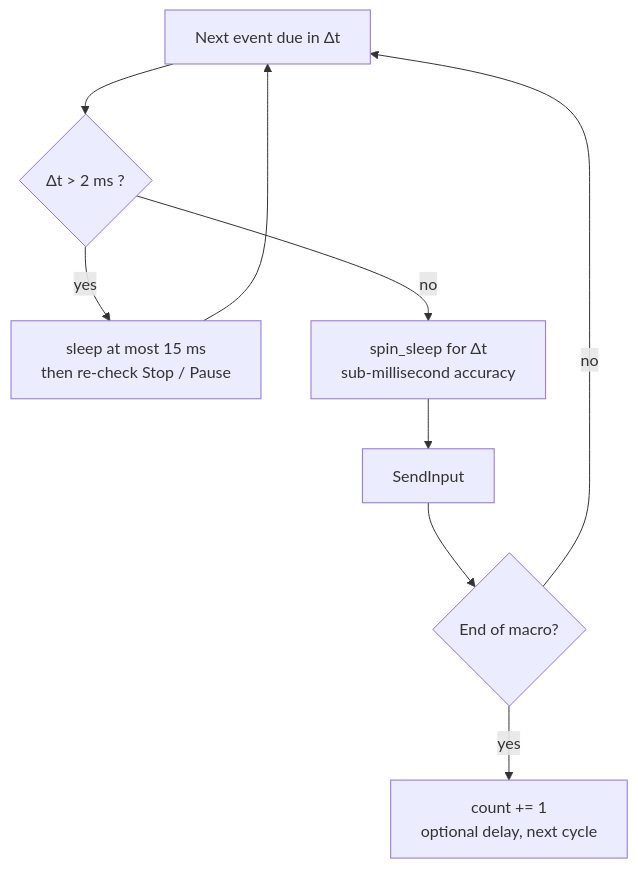
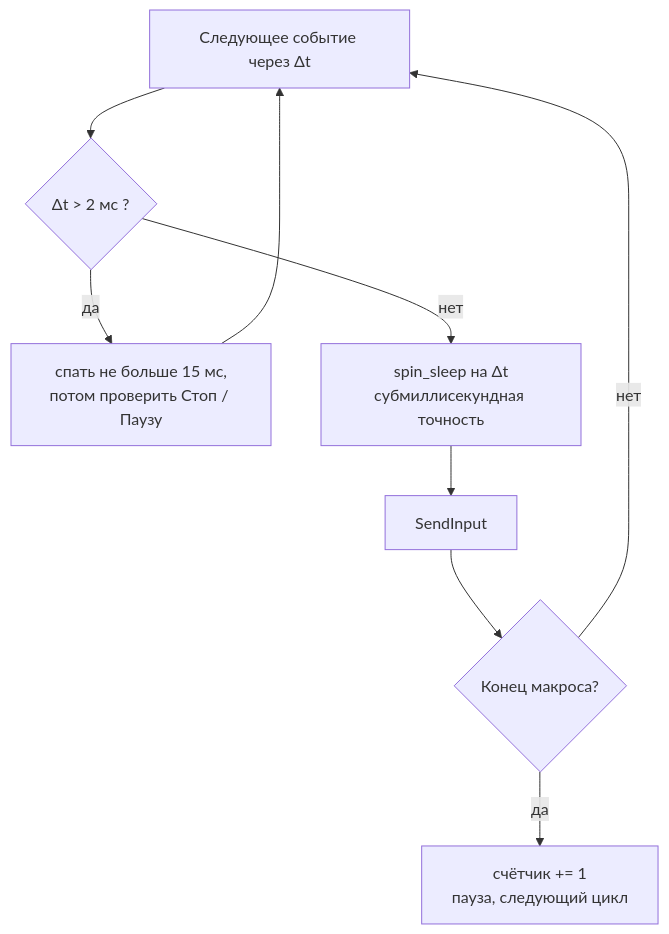
The second of 4 diagrams in README.md (blackixxce12/Macro-Recorder), drawn with Mermaid before and after one commit. The commit also changed other lines of this file, not shown here.

````diff
--- a/README.md
+++ b/README.md
@@ -311,11 +309,11 @@
 ```mermaid
 flowchart TD
-    A["Next event due in Δt"] --> B{"Δt > 2 ms ?"}
-    B -->|yes| C["sleep at most 15 ms<br/>then re-check Stop / Pause"]
-    B -->|no| D["spin_sleep for Δt<br/>sub-millisecond accuracy"]
+    A["Следующее событие через Δt"] --> B{"Δt > 2 мс ?"}
+    B -->|да| C["спать не больше 15 мс,<br/>потом проверить Стоп / Паузу"]
+    B -->|нет| D["spin_sleep на Δt<br/>субмиллисекундная точность"]
     C --> A
     D --> E["SendInput"]
-    E --> F{"End of macro?"}
-    F -->|no| A
-    F -->|yes| G["count += 1<br/>optional delay, next cycle"]
+    E --> F{"Конец макроса?"}
+    F -->|нет| A
+    F -->|да| G["счётчик += 1<br/>пауза, следующий цикл"]
 ```
````
